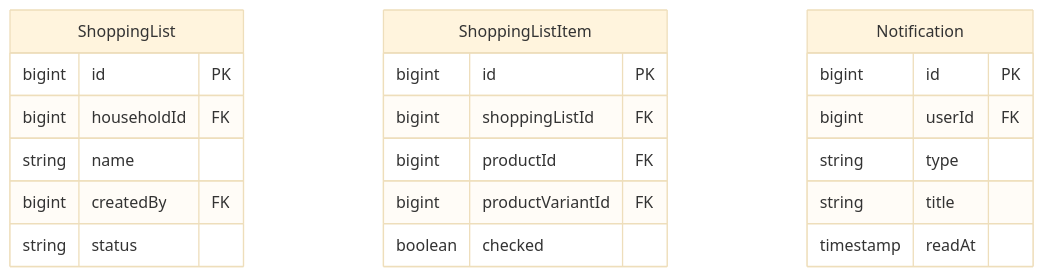
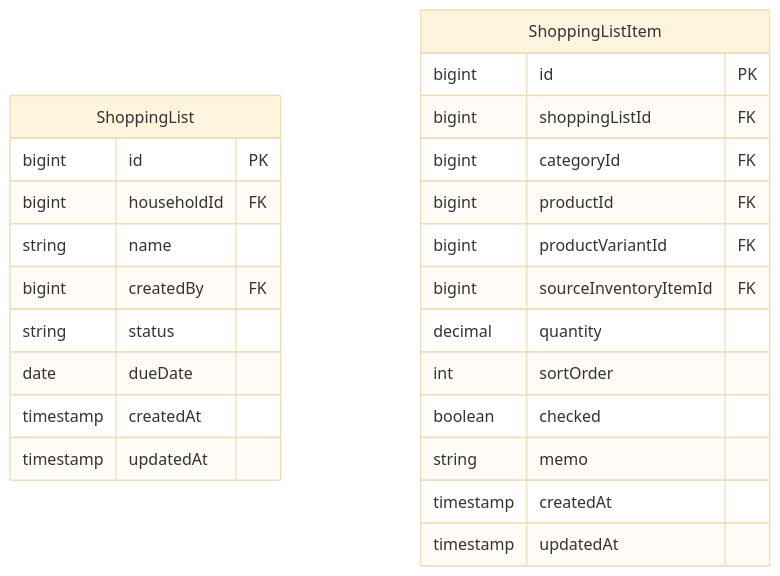
Before and after one commit to wukdddang/home-inventory-manager: the sixth of 7 diagrams in backend/docs/entity-logical-design.md, drawn with Mermaid (base theme). The commit also changed other lines of this file and 3 other files, not shown here.

````diff
--- a/backend/docs/entity-logical-design.md
+++ b/backend/docs/entity-logical-design.md
@@ -132,24 +226,27 @@
 ```mermaid
 erDiagram
     ShoppingList {
         bigint id PK
         bigint householdId FK
         string name
         bigint createdBy FK
         string status
+        date dueDate
+        timestamp createdAt
+        timestamp updatedAt
     }
     ShoppingListItem {
         bigint id PK
         bigint shoppingListId FK
+        bigint categoryId FK
         bigint productId FK
         bigint productVariantId FK
+        bigint sourceInventoryItemId FK
+        decimal quantity
+        int sortOrder
         boolean checked
-    }
-    Notification {
-        bigint id PK
-        bigint userId FK
-        string type
-        string title
-        timestamp readAt
+        string memo
+        timestamp createdAt
+        timestamp updatedAt
     }
 ```
````
